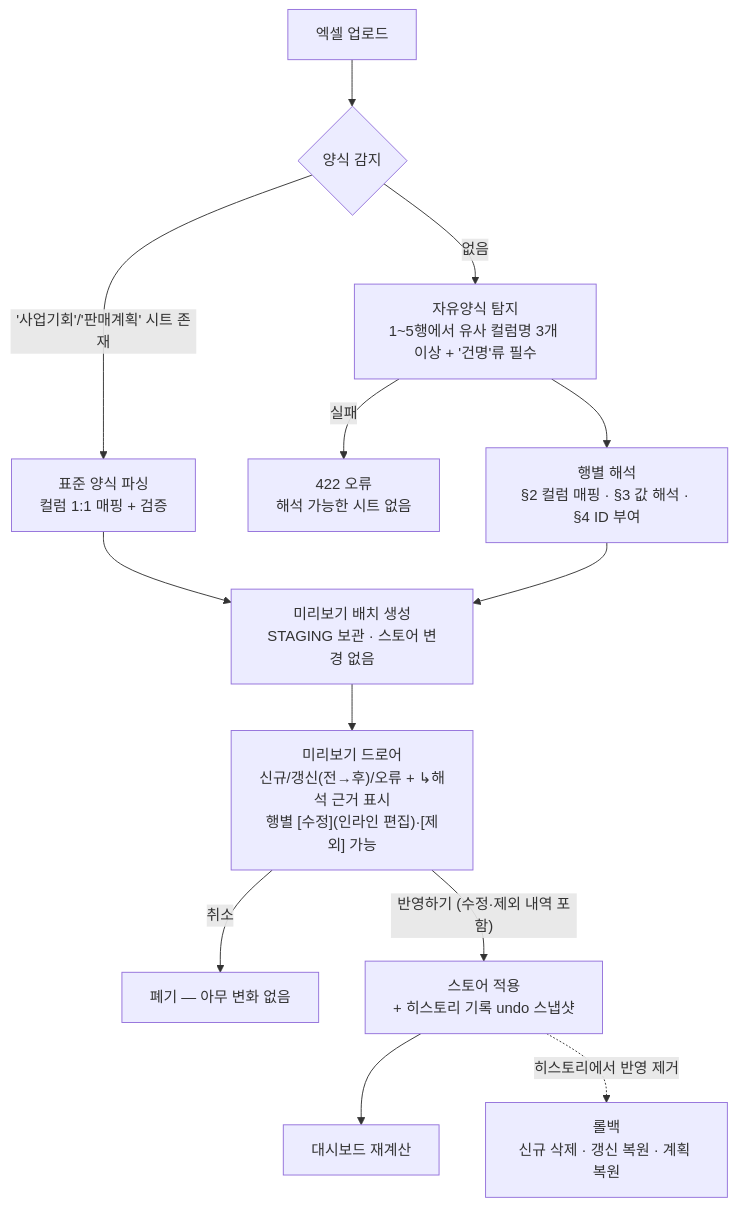
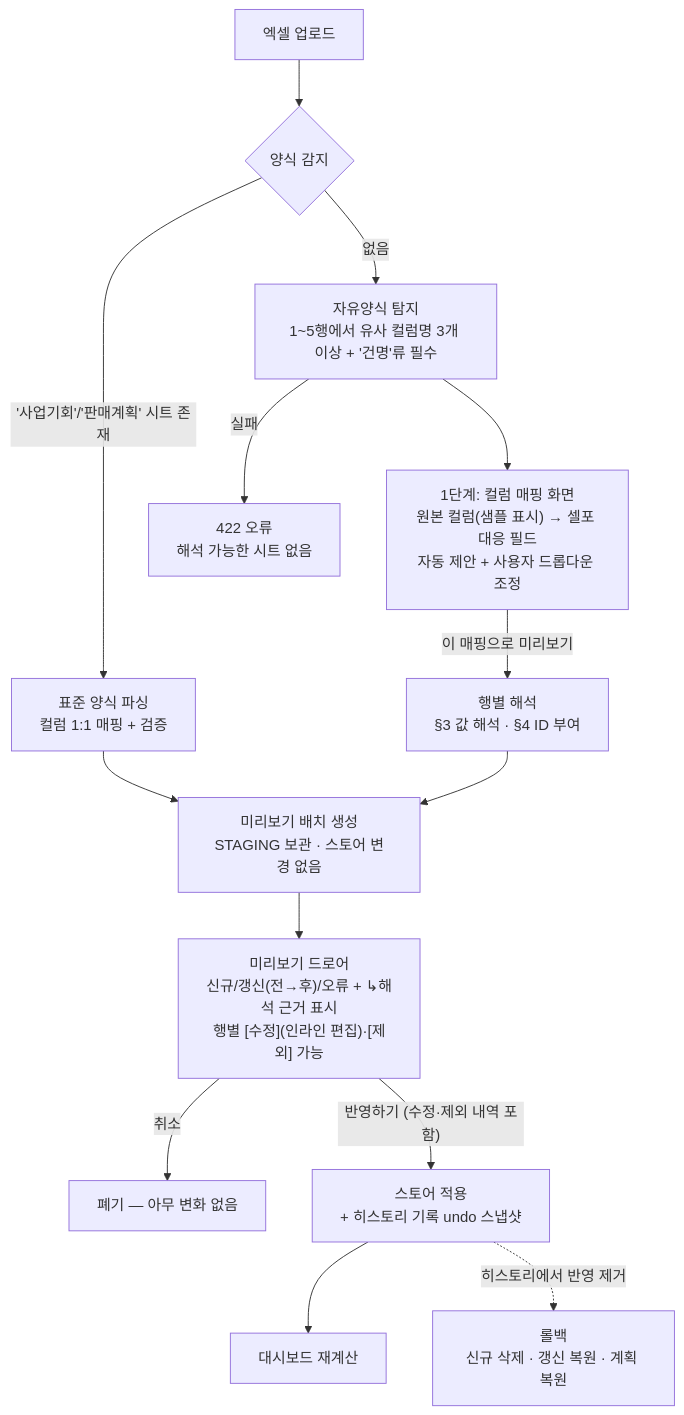
The first of 2 diagrams in docs/EXCEL_MAPPING_LOGIC.md (staycuriousn/mi-example), drawn with Mermaid before and after one commit. The commit also changed other lines of this file and 3 other files, not shown here.

````diff
--- a/docs/EXCEL_MAPPING_LOGIC.md
+++ b/docs/EXCEL_MAPPING_LOGIC.md
@@ -8,15 +8,16 @@
 ```mermaid
 flowchart TD
     A[엑셀 업로드] --> B{양식 감지}
     B -->|"'사업기회'/'판매계획' 시트 존재"| C[표준 양식 파싱<br/>컬럼 1:1 매핑 + 검증]
     B -->|없음| D["자유양식 탐지<br/>1~5행에서 유사 컬럼명 3개 이상 + '건명'류 필수"]
     D -->|실패| E[422 오류<br/>해석 가능한 시트 없음]
-    D --> F[행별 해석<br/>§2 컬럼 매핑 · §3 값 해석 · §4 ID 부여]
+    D --> M["1단계: 컬럼 매핑 화면<br/>원본 컬럼(샘플 표시) → 셀포 대응 필드<br/>자동 제안 + 사용자 드롭다운 조정"]
+    M -->|"이 매핑으로 미리보기"| F[행별 해석<br/>§3 값 해석 · §4 ID 부여]
     C --> G[미리보기 배치 생성<br/>STAGING 보관 · 스토어 변경 없음]
     F --> G
     G --> H["미리보기 드로어<br/>신규/갱신(전→후)/오류 + ↳해석 근거 표시<br/>행별 [수정](인라인 편집)·[제외] 가능"]
     H -->|취소| I[폐기 — 아무 변화 없음]
     H -->|"반영하기 (수정·제외 내역 포함)"| J[스토어 적용<br/>+ 히스토리 기록 undo 스냅샷]
     J --> K[대시보드 재계산]
     J -.->|히스토리에서 반영 제거| L[롤백<br/>신규 삭제 · 갱신 복원 · 계획 복원]
 ```
````
